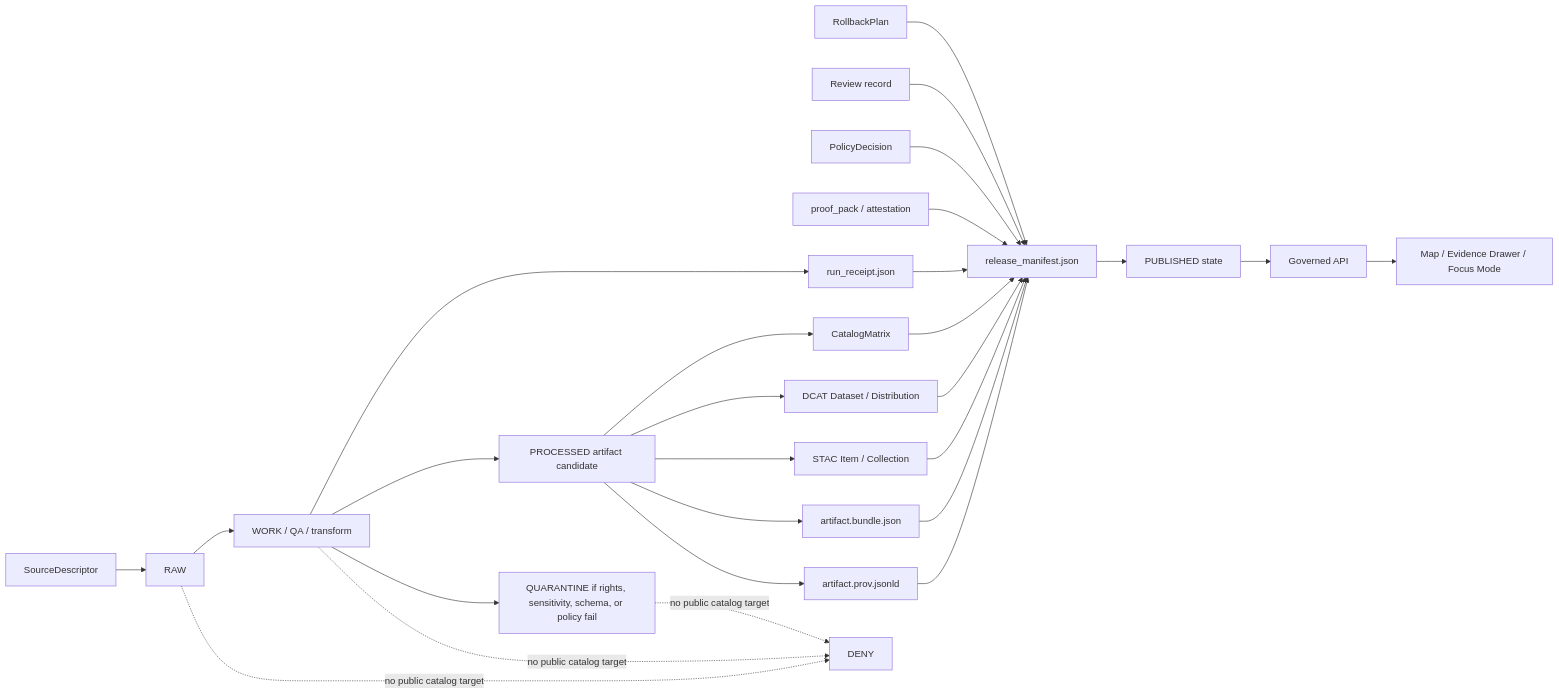
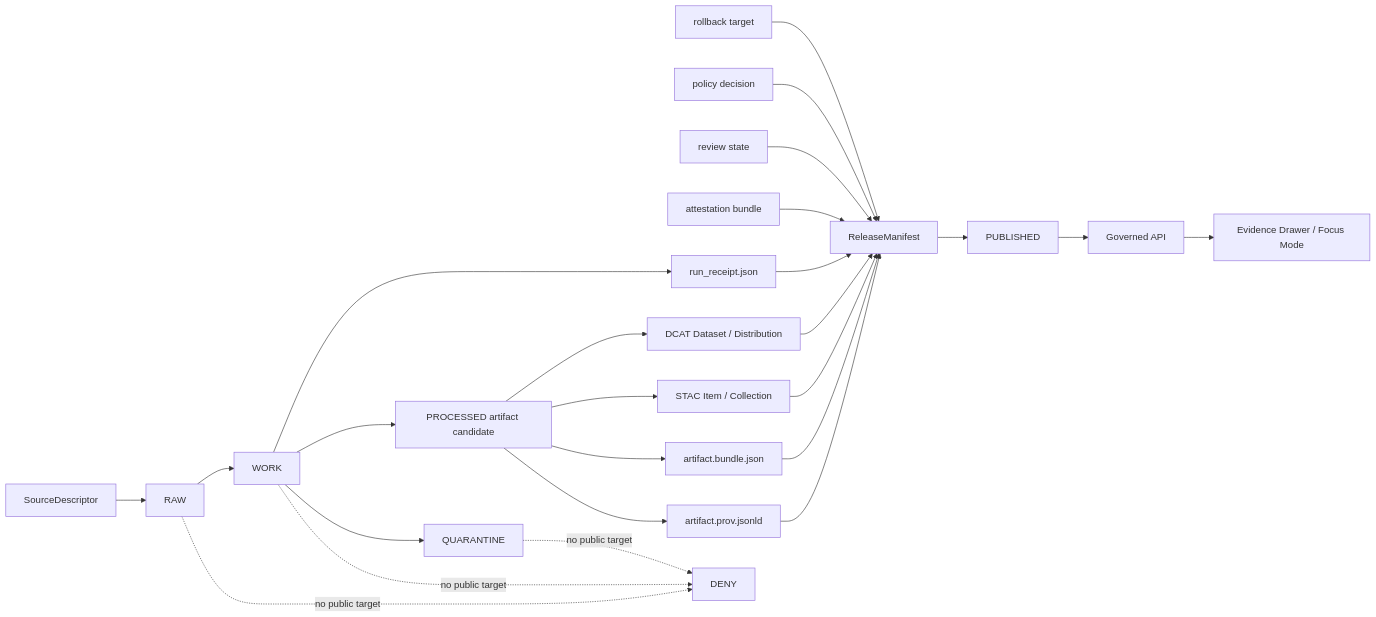
Before and after one commit to bartytime4life/Kansas-Frontier-Matrix: the diagram in docs/adr/ADR-PROV-STAC-DCAT-CATALOG-MAPPING.md, drawn with Mermaid. The commit also changed other lines of this file, not shown here.

````diff
--- a/docs/adr/ADR-PROV-STAC-DCAT-CATALOG-MAPPING.md
+++ b/docs/adr/ADR-PROV-STAC-DCAT-CATALOG-MAPPING.md
@@ -259,33 +216,31 @@
 ```mermaid
 flowchart LR
     SRC[SourceDescriptor] --> RAW[RAW]
-    RAW --> WORK[WORK / QA / transform]
-    WORK --> QUAR[QUARANTINE if rights, sensitivity, schema, or policy fail]
+    RAW --> WORK[WORK]
+    WORK --> QUAR[QUARANTINE]
     WORK --> PROC[PROCESSED artifact candidate]
     WORK --> RECEIPT[run_receipt.json]
 
     PROC --> PROV[artifact.prov.jsonld]
     PROC --> BUNDLE[artifact.bundle.json]
     PROC --> STAC[STAC Item / Collection]
     PROC --> DCAT[DCAT Dataset / Distribution]
-    PROC --> CATALOGM[CatalogMatrix]
 
-    PROV --> REL[release_manifest.json]
+    PROV --> REL[ReleaseManifest]
     BUNDLE --> REL
     STAC --> REL
     DCAT --> REL
-    CATALOGM --> REL
     RECEIPT --> REL
-    PROOF[proof_pack / attestation] --> REL
-    POLICY[PolicyDecision] --> REL
-    REVIEW[Review record] --> REL
-    ROLL[RollbackPlan] --> REL
+    ATTEST[attestation bundle] --> REL
+    REVIEW[review state] --> REL
+    POLICY[policy decision] --> REL
+    ROLL[rollback target] --> REL
 
-    REL --> PUB[PUBLISHED state]
+    REL --> PUB[PUBLISHED]
     PUB --> API[Governed API]
-    API --> UI[Map / Evidence Drawer / Focus Mode]
+    API --> UI[Evidence Drawer / Focus Mode]
 
-    RAW -. no public catalog target .-> DENY[DENY]
-    WORK -. no public catalog target .-> DENY
-    QUAR -. no public catalog target .-> DENY
+    RAW -. no public target .-> DENY[DENY]
+    WORK -. no public target .-> DENY
+    QUAR -. no public target .-> DENY
 ```
````
